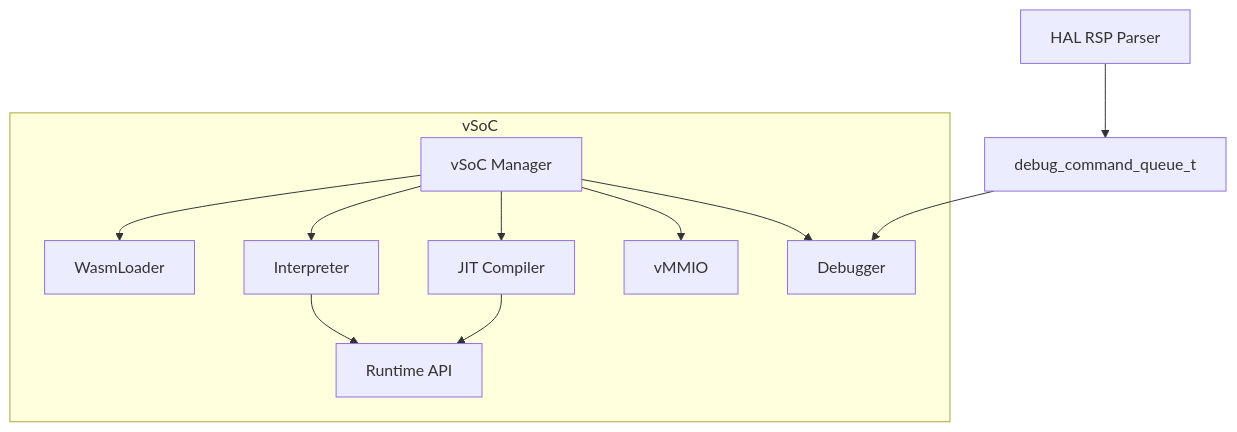
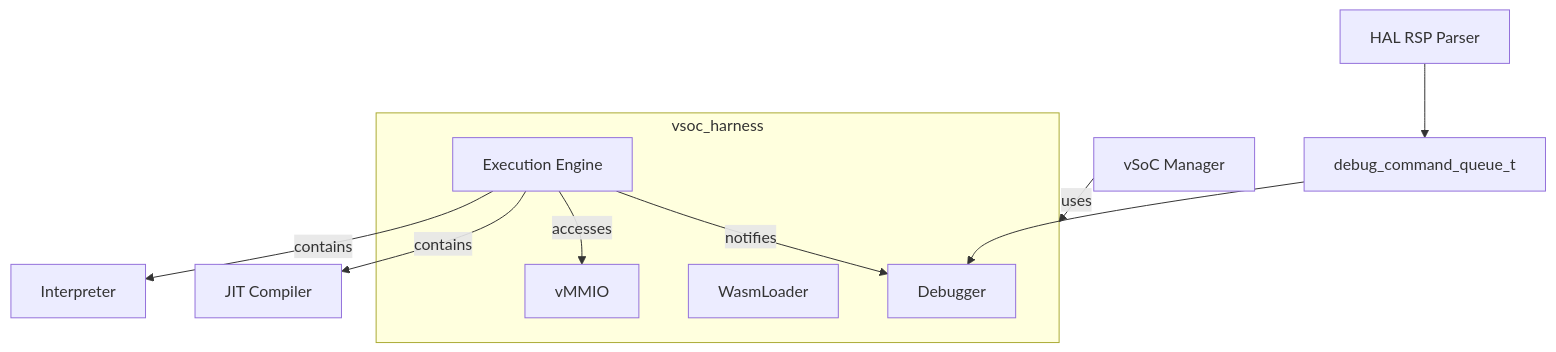
The first of 3 diagrams in docs/orders/components/vsoc.md (kmt-t/fireball), drawn with Mermaid before and after one commit. The commit also changed other lines of this file and 14 other files, not shown here.

````diff
--- a/docs/orders/components/vsoc.md
+++ b/docs/orders/components/vsoc.md
@@ -14,22 +15,18 @@
 ```mermaid
 graph TD
-    subgraph vSoC
-        Manager[vSoC Manager]
+    subgraph vsoc_harness
         Loader[WasmLoader]
-        Interp[Interpreter]
-        JIT[JIT Compiler]
+        Engine[Execution Engine]
         vMMIO[vMMIO]
         Debug[Debugger]
-        API[Runtime API]
     end
 
+    vSoC[vSoC Manager] -- uses --> vsoc_harness
+    Engine -- contains --> Interp[Interpreter]
+    Engine -- contains --> JIT[JIT Compiler]
+    Engine -- accesses --> vMMIO
+    Engine -- notifies --> Debug
+    
     HAL[HAL RSP Parser] --> Queue[debug_command_queue_t]
     Queue --> Debug
-    Manager --> Loader
-    Manager --> Interp
-    Manager --> JIT
-    Manager --> vMMIO
-    Manager --> Debug
-    Interp --> API
-    JIT --> API
 ```
````
